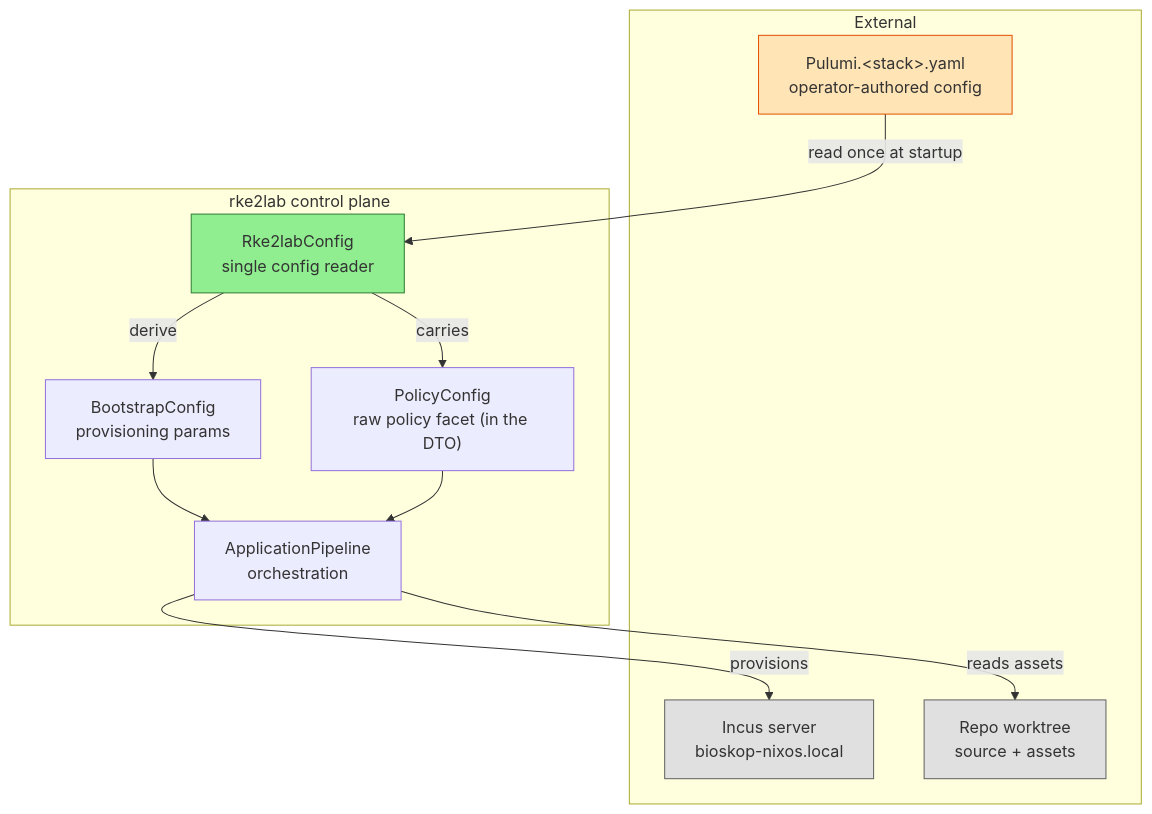
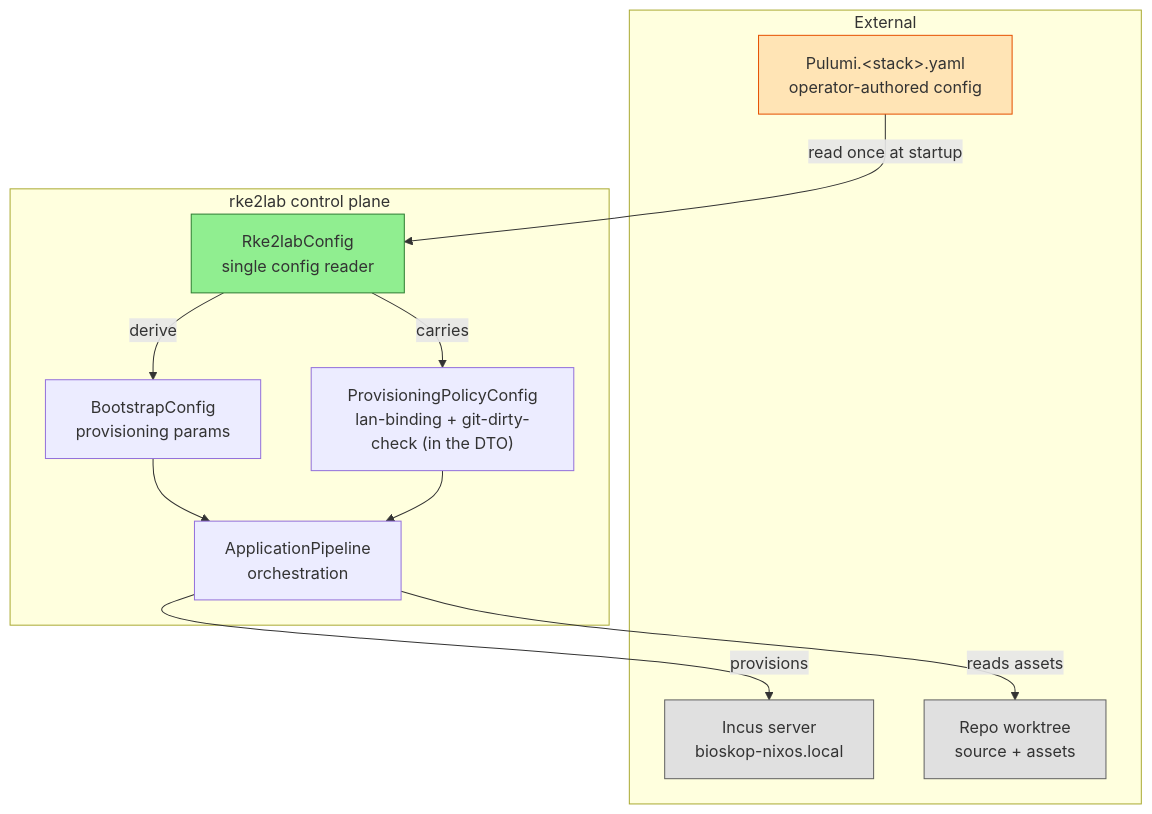
One commit to nxmatic/rke2lab changed the first of 8 diagrams in docs/architecture/config/config-restructuring-spec.adoc. Above: the diagram before and after it, drawn with Mermaid. The commit also changed other lines of this file and 22 other files, not shown here.

```diff
--- a/docs/architecture/config/config-restructuring-spec.adoc
+++ b/docs/architecture/config/config-restructuring-spec.adoc
@@ -65,29 +65,29 @@
 [mermaid]
 ----
 graph TB
     subgraph External
         YAML["Pulumi.&lt;stack&gt;.yaml<br/>operator-authored config"]
         INCUS["Incus server<br/>bioskop-nixos.local"]
         WT["Repo worktree<br/>source + assets"]
     end
 
     subgraph "rke2lab control plane"
         CONFIG["Rke2labConfig<br/>single config reader"]
         BOOT["BootstrapConfig<br/>provisioning params"]
-        POLICY["PolicyConfig<br/>raw policy facet (in the DTO)"]
+        POLICY["ProvisioningPolicyConfig<br/>lan-binding + git-dirty-check (in the DTO)"]
         PIPE["ApplicationPipeline<br/>orchestration"]
     end
 
     YAML -->|"read once at startup"| CONFIG
     CONFIG -->|"derive"| BOOT
     CONFIG -->|"carries"| POLICY
     BOOT --> PIPE
     POLICY --> PIPE
     PIPE -->|"provisions"| INCUS
     PIPE -->|"reads assets"| WT
 
     style CONFIG fill:#90EE90,stroke:#2e7d32
     style YAML fill:#FFE4B5,stroke:#e65100
     style INCUS fill:#E0E0E0,stroke:#616161
     style WT fill:#E0E0E0,stroke:#616161
 ----
```
